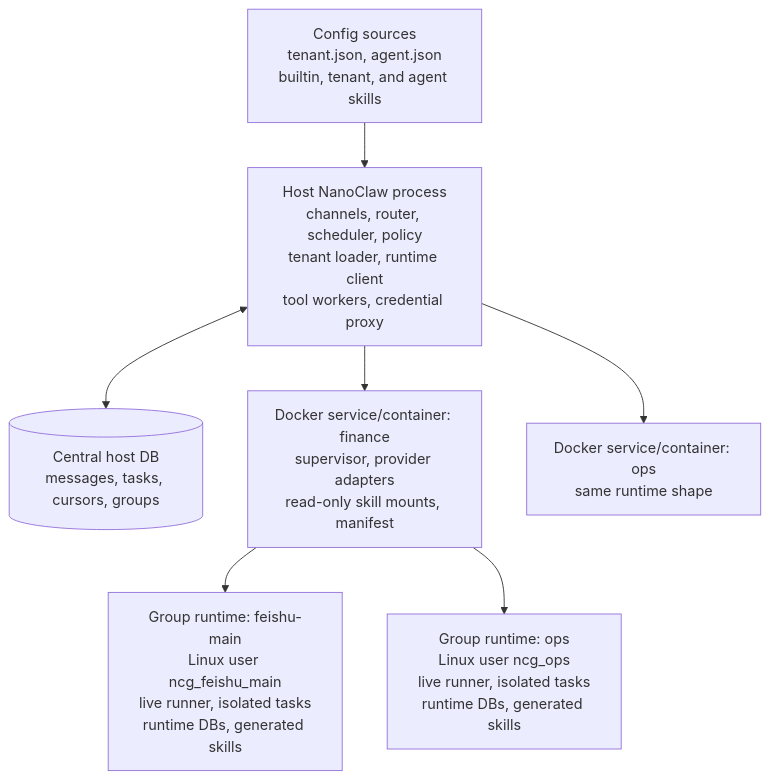
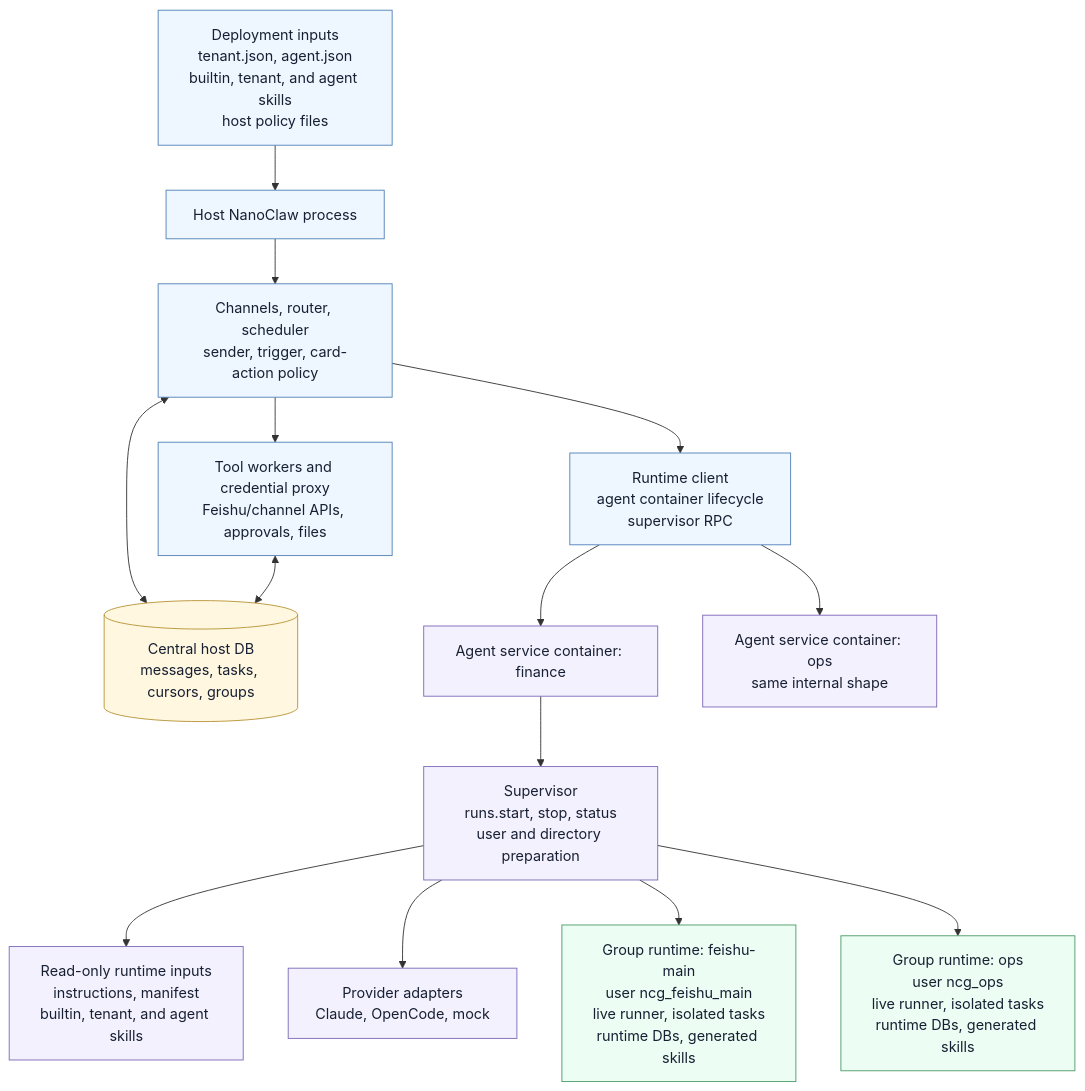
One commit to xi-qian/nanoclaw changed the first of 7 diagrams in docs/runtime-rework/TARGET_ARCHITECTURE_DETAILS.md. Above: the diagram before and after it, drawn with Mermaid. The commit also changed other lines of this file, not shown here.

Commit message:
docs: enrich architecture overview diagram

````diff
--- a/docs/runtime-rework/TARGET_ARCHITECTURE_DETAILS.md
+++ b/docs/runtime-rework/TARGET_ARCHITECTURE_DETAILS.md
@@ -21,17 +21,39 @@
 ```mermaid
 flowchart TD
-  Config["Config sources<br/>tenant.json, agent.json<br/>builtin, tenant, and agent skills"]
-  Host["Host NanoClaw process<br/>channels, router, scheduler, policy<br/>tenant loader, runtime client<br/>tool workers, credential proxy"]
-  HostDb[("Central host DB<br/>messages, tasks, cursors, groups")]
-  AgentFinance["Docker service/container: finance<br/>supervisor, provider adapters<br/>read-only skill mounts, manifest"]
-  AgentOps["Docker service/container: ops<br/>same runtime shape"]
-  GroupMain["Group runtime: feishu-main<br/>Linux user ncg_feishu_main<br/>live runner, isolated tasks<br/>runtime DBs, generated skills"]
-  GroupOps["Group runtime: ops<br/>Linux user ncg_ops<br/>live runner, isolated tasks<br/>runtime DBs, generated skills"]
+  Inputs["Deployment inputs<br/>tenant.json, agent.json<br/>builtin, tenant, and agent skills<br/>host policy files"]
+  Host["Host NanoClaw process"]
+  Routing["Channels, router, scheduler<br/>sender, trigger, card-action policy"]
+  State[("Central host DB<br/>messages, tasks, cursors, groups")]
+  RuntimeClient["Runtime client<br/>agent container lifecycle<br/>supervisor RPC"]
+  ToolPlane["Tool workers and credential proxy<br/>Feishu/channel APIs, approvals, files"]
+  AgentFinance["Agent service container: finance"]
+  Supervisor["Supervisor<br/>runs.start, stop, status<br/>user and directory preparation"]
+  RuntimeInputs["Read-only runtime inputs<br/>instructions, manifest<br/>builtin, tenant, and agent skills"]
+  Providers["Provider adapters<br/>Claude, OpenCode, mock"]
+  GroupMain["Group runtime: feishu-main<br/>user ncg_feishu_main<br/>live runner, isolated tasks<br/>runtime DBs, generated skills"]
+  GroupOps["Group runtime: ops<br/>user ncg_ops<br/>live runner, isolated tasks<br/>runtime DBs, generated skills"]
+  AgentOps["Agent service container: ops<br/>same internal shape"]
 
-  Config --> Host
-  Host <--> HostDb
-  Host --> AgentFinance
-  Host --> AgentOps
-  AgentFinance --> GroupMain
-  AgentFinance --> GroupOps
+  Inputs --> Host
+  Host --> Routing
+  Routing <--> State
+  Routing --> RuntimeClient
+  Routing --> ToolPlane
+  ToolPlane <--> State
+  RuntimeClient --> AgentFinance
+  RuntimeClient --> AgentOps
+  AgentFinance --> Supervisor
+  Supervisor --> RuntimeInputs
+  Supervisor --> Providers
+  Supervisor --> GroupMain
+  Supervisor --> GroupOps
+
+  classDef host fill:#eef6ff,stroke:#4f80b5,color:#172033
+  classDef runtime fill:#f4f1ff,stroke:#7c67b8,color:#172033
+  classDef data fill:#fff7df,stroke:#b79235,color:#172033
+  classDef group fill:#ecfdf3,stroke:#4a9b68,color:#172033
+  class Inputs,Host,Routing,RuntimeClient,ToolPlane host
+  class State data
+  class AgentFinance,AgentOps,Supervisor,RuntimeInputs,Providers runtime
+  class GroupMain,GroupOps group
 ```
````
